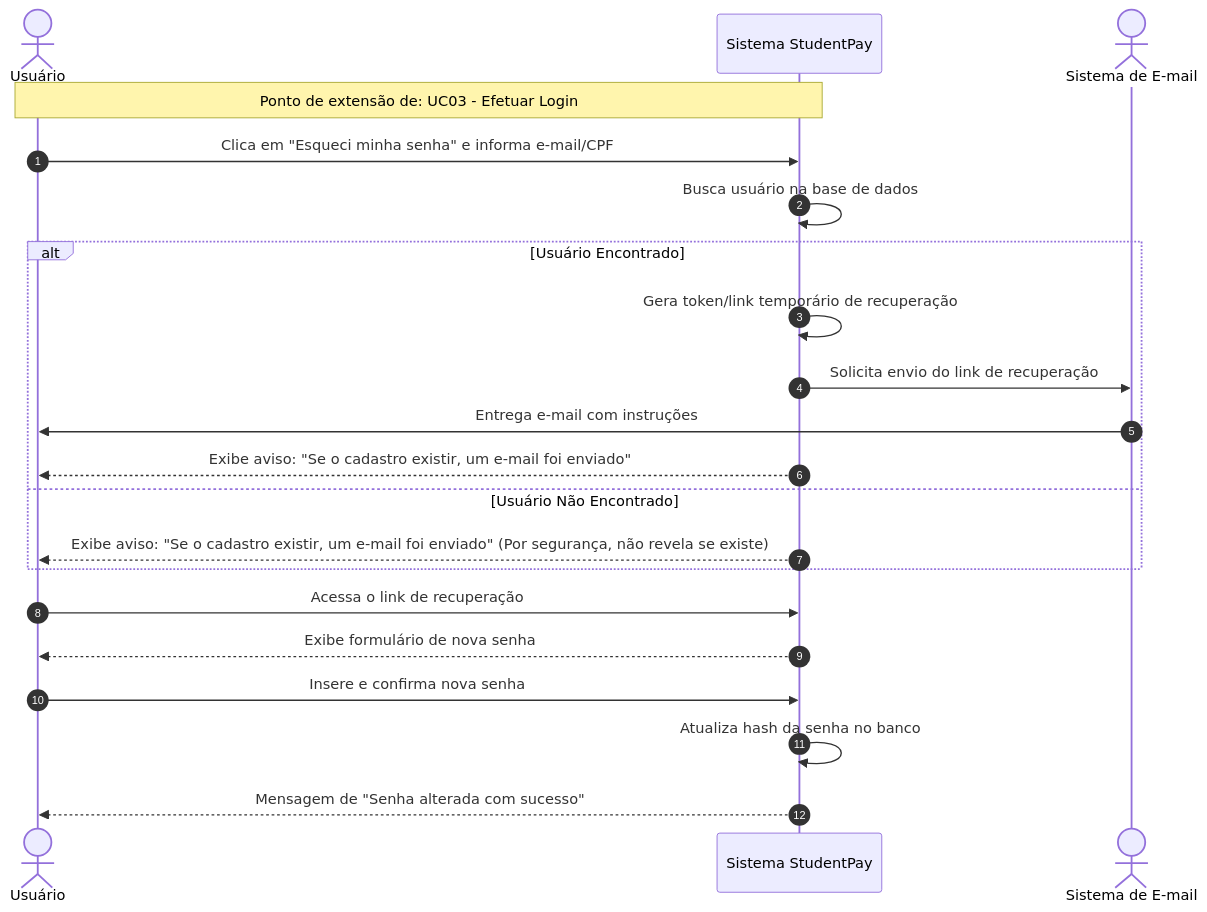
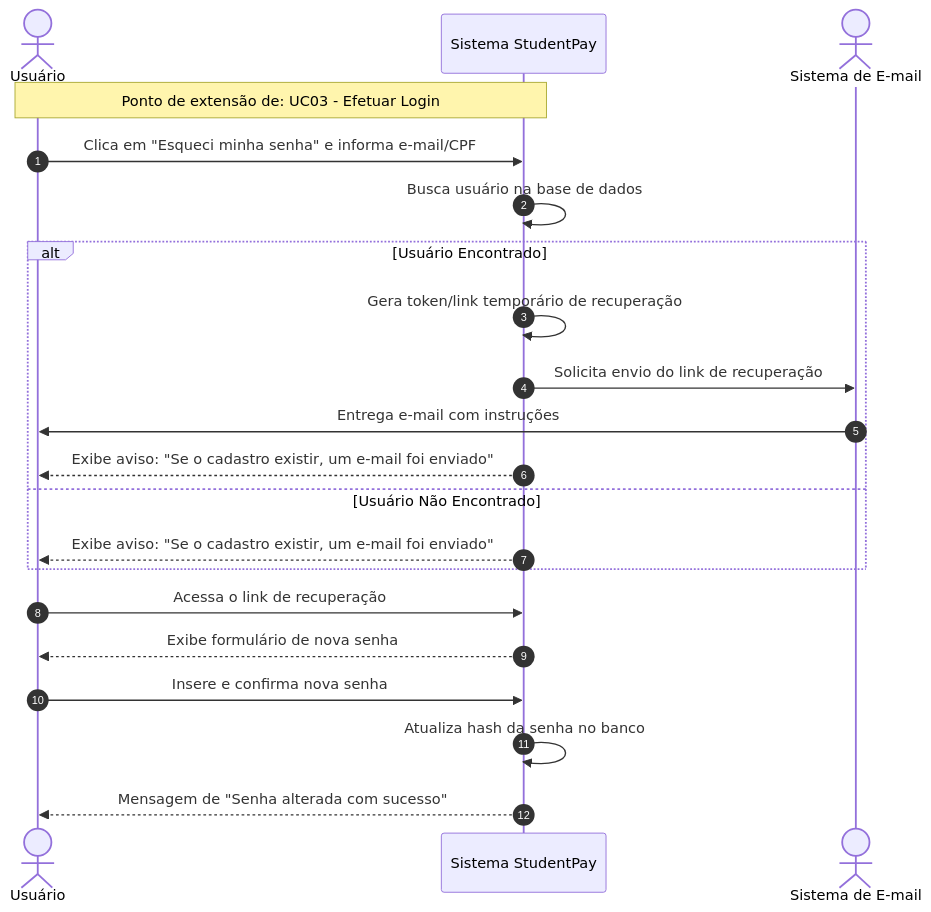
The ninth of 9 diagrams in diagrams/sequence_diagrams_uc.md (santwsvi/studentpay), drawn with Mermaid before and after one commit.

````diff
--- a/diagrams/sequence_diagrams_uc.md
+++ b/diagrams/sequence_diagrams_uc.md
@@ -195,26 +195,26 @@
 ```mermaid
 sequenceDiagram
     autonumber
     actor U as Usuário
     participant S as Sistema StudentPay
     actor E as Sistema de E-mail
     
     Note over U, S: Ponto de extensão de: UC03 - Efetuar Login
     U->>S: Clica em "Esqueci minha senha" e informa e-mail/CPF
     S->>S: Busca usuário na base de dados
     
     alt Usuário Encontrado
         S->>S: Gera token/link temporário de recuperação
         S->>E: Solicita envio do link de recuperação
         E->>U: Entrega e-mail com instruções
         S-->>U: Exibe aviso: "Se o cadastro existir, um e-mail foi enviado"
     else Usuário Não Encontrado
-        S-->>U: Exibe aviso: "Se o cadastro existir, um e-mail foi enviado" (Por segurança, não revela se existe)
+        S-->>U: Exibe aviso: "Se o cadastro existir, um e-mail foi enviado" 
     end
     
     U->>S: Acessa o link de recuperação
     S-->>U: Exibe formulário de nova senha
     U->>S: Insere e confirma nova senha
     S->>S: Atualiza hash da senha no banco
     S-->>U: Mensagem de "Senha alterada com sucesso"
 ```
````
